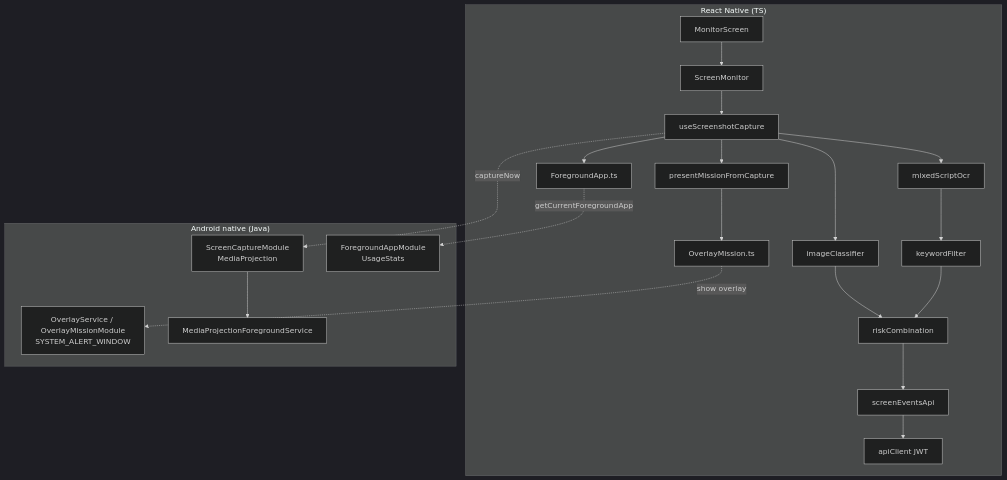
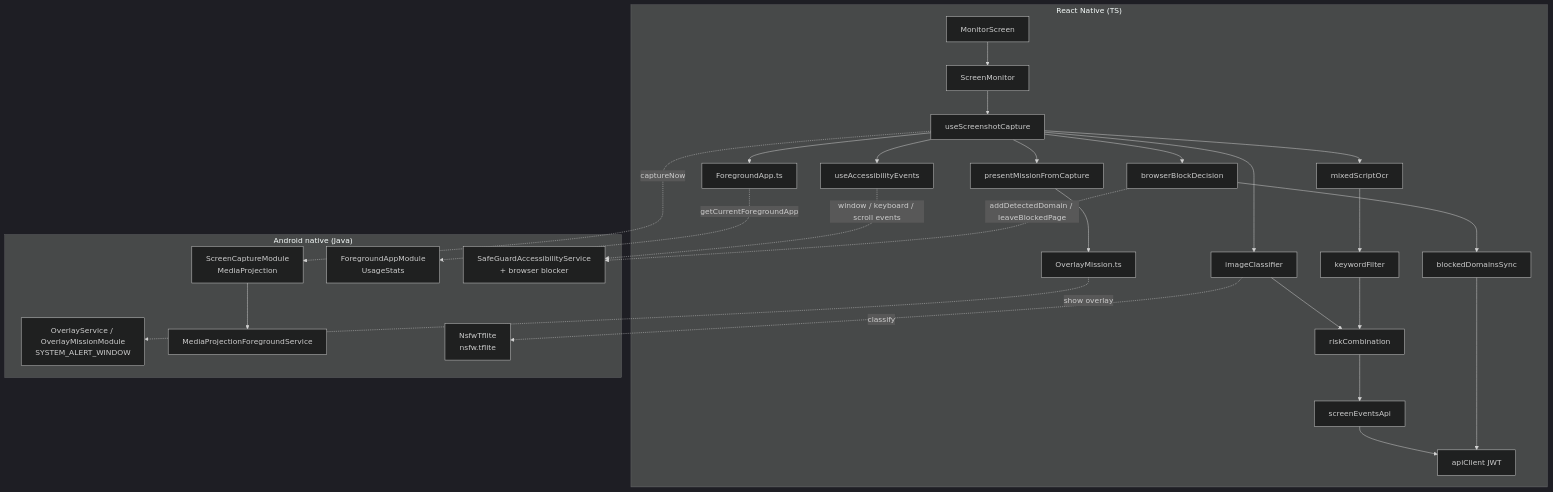
Before and after one commit to Helmi-Megdiche/PFE_optimization: the second of 12 diagrams in docs/architecture.md, drawn with Mermaid (dark theme). The commit also changed other lines of this file and 9 other files, not shown here.

````diff
--- a/docs/architecture.md
+++ b/docs/architecture.md
@@ -80,27 +80,36 @@
 ```mermaid
 graph TB
     subgraph RN["React Native (TS)"]
         MON[MonitorScreen] --> SM[ScreenMonitor]
         SM --> HOOK[useScreenshotCapture]
         HOOK --> OCR[mixedScriptOcr]
         HOOK --> VIS[imageClassifier]
         OCR --> KF[keywordFilter]
         VIS --> RC[riskCombination]
         KF --> RC
         RC --> SEAPI[screenEventsApi]
         HOOK --> FG[ForegroundApp.ts]
         HOOK --> PMC[presentMissionFromCapture]
         PMC --> OVM[OverlayMission.ts]
         SEAPI --> AC[apiClient JWT]
+        HOOK --> A11Y[useAccessibilityEvents]
+        HOOK --> BBD[browserBlockDecision]
+        BBD --> SYNC[blockedDomainsSync]
+        SYNC --> AC
     end
     subgraph NATIVE["Android native (Java)"]
         SCM[ScreenCaptureModule<br/>MediaProjection]
         FGM[ForegroundAppModule<br/>UsageStats]
         OSM[OverlayService / OverlayMissionModule<br/>SYSTEM_ALERT_WINDOW]
         MPS[MediaProjectionForegroundService]
+        SGA[SafeGuardAccessibilityService<br/>+ browser blocker]
+        NSF[NsfwTflite<br/>nsfw.tflite]
     end
     HOOK -. captureNow .-> SCM
     FG -. getCurrentForegroundApp .-> FGM
     OVM -. show overlay .-> OSM
     SCM --> MPS
+    A11Y -. window / keyboard / scroll events .-> SGA
+    BBD -. addDetectedDomain / leaveBlockedPage .-> SGA
+    VIS -. classify .-> NSF
 ```
````
